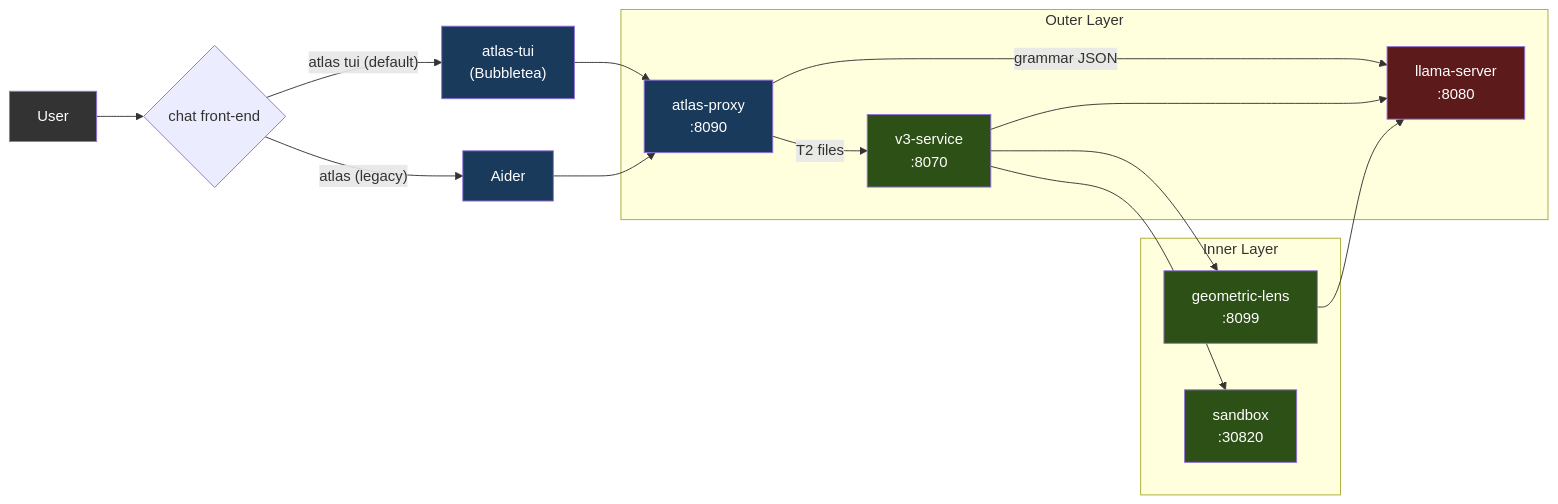
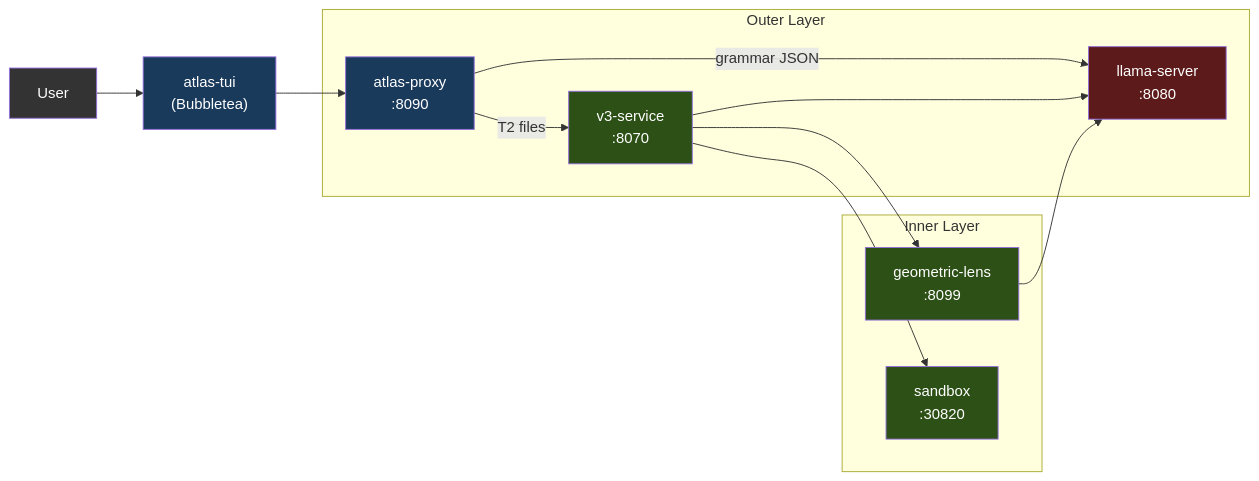
Before and after one commit to itigges22/ATLAS: the first of 13 diagrams in docs/ARCHITECTURE.md, drawn with Mermaid. The commit also changed other lines of this file and 28 other files, not shown here.

````diff
--- a/docs/ARCHITECTURE.md
+++ b/docs/ARCHITECTURE.md
@@ -9,29 +9,25 @@
 ```mermaid
 graph LR
-    User["User"] --> Frontends{"chat front-end"}
-    Frontends -->|"atlas tui (default)"| TUI["atlas-tui\n(Bubbletea)"]
-    Frontends -->|"atlas (legacy)"| Aider["Aider"]
+    User["User"] --> TUI["atlas-tui\n(Bubbletea)"]
     TUI --> Proxy["atlas-proxy\n:8090"]
-    Aider --> Proxy
 
     subgraph outer["Outer Layer"]
         Proxy -->|"grammar JSON"| LLM["llama-server\n:8080"]
         Proxy -->|"T2 files"| V3Service["v3-service\n:8070"]
     end
 
     subgraph inner["Inner Layer"]
         V3Service --> LLM
         V3Service --> Lens["geometric-lens\n:8099"]
         V3Service --> Sandbox["sandbox\n:30820"]
         Lens --> LLM
     end
 
     style User fill:#333,color:#fff
     style TUI fill:#1a3a5c,color:#fff
-    style Aider fill:#1a3a5c,color:#fff
     style Proxy fill:#1a3a5c,color:#fff
     style LLM fill:#5c1a1a,color:#fff
     style V3Service fill:#2d5016,color:#fff
     style Lens fill:#2d5016,color:#fff
     style Sandbox fill:#2d5016,color:#fff
 ```
````
